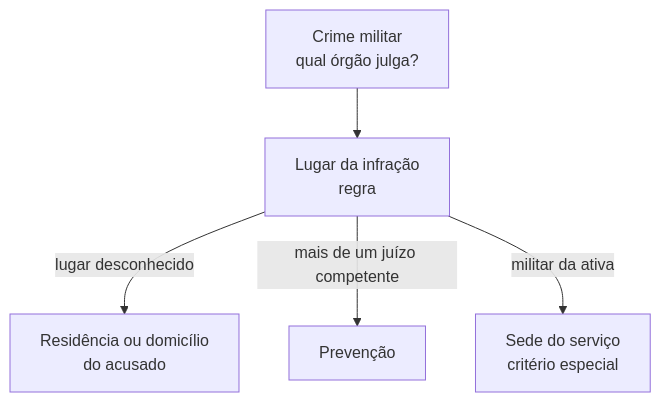
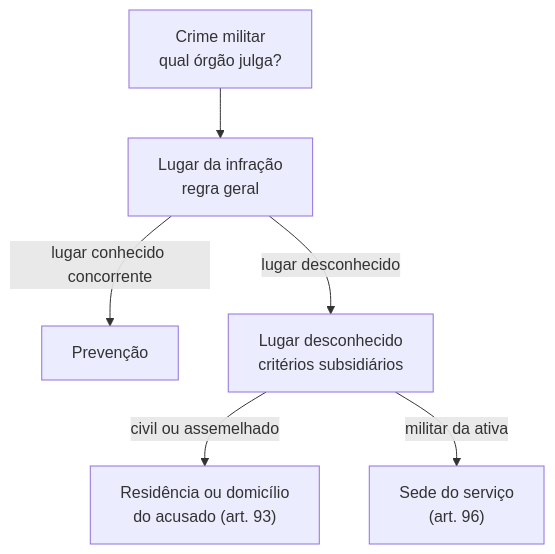
One commit to ValerioFerreira/mentoria-cfo changed the diagram in content/material/direito-processual-penal-militar/m02/a06-s01.md. Above: the diagram before and after it, drawn with Mermaid. The commit also changed 63 other files, not shown here.

````diff
--- a/content/material/direito-processual-penal-militar/m02/a06-s01.md
+++ b/content/material/direito-processual-penal-militar/m02/a06-s01.md
@@ -90,7 +90,8 @@
 ```mermaid Critérios de competência do art. 85 do CPPM
 flowchart TD
-    A["Crime militar<br/>qual órgão julga?"] --> B["Lugar da infração<br/>regra"]
-    B -->|"lugar desconhecido"| C["Residência ou domicílio<br/>do acusado"]
-    B -->|"mais de um juízo competente"| D["Prevenção"]
-    B -->|"militar da ativa"| E["Sede do serviço<br/>critério especial"]
+    A["Crime militar<br/>qual órgão julga?"] --> B["Lugar da infração<br/>regra geral"]
+    B -->|"lugar conhecido concorrente"| D["Prevenção"]
+    B -->|"lugar desconhecido"| C["Lugar desconhecido<br/>critérios subsidiários"]
+    C -->|"civil ou assemelhado"| E["Residência ou domicílio<br/>do acusado (art. 93)"]
+    C -->|"militar da ativa"| F["Sede do serviço<br/>(art. 96)"]
 ```
````
